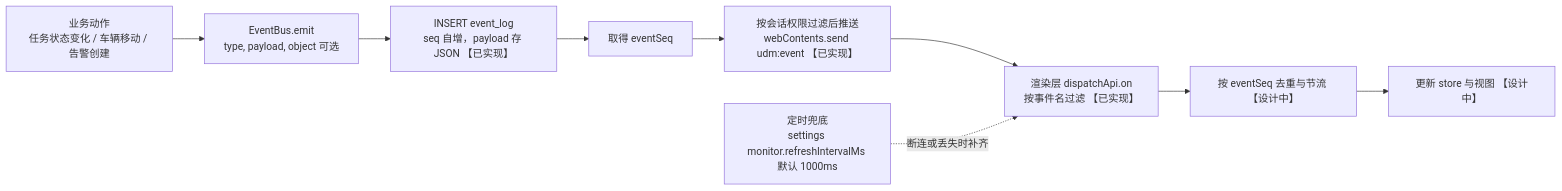
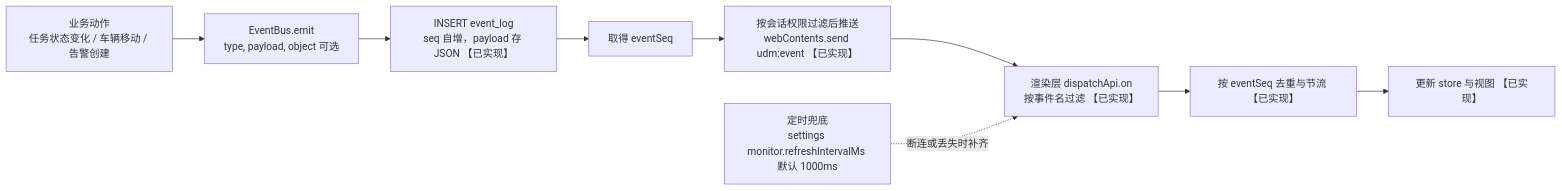
Before and after one commit to sunstflower/831: diagram 20 of 23 in docs/architecture.md, drawn with Mermaid. The commit also changed other lines of this file and 110 other files, not shown here.

````diff
--- a/docs/architecture.md
+++ b/docs/architecture.md
@@ -908,12 +911,12 @@
 ```mermaid
 flowchart LR
   SRC["业务动作<br/>任务状态变化 / 车辆移动 / 告警创建"] --> EMIT["EventBus.emit<br/>type, payload, object 可选"]
   EMIT --> LOG["INSERT event_log<br/>seq 自增，payload 存 JSON 【已实现】"]
   LOG --> SEQ["取得 eventSeq"]
   SEQ --> PUSH["按会话权限过滤后推送<br/>webContents.send udm:event 【已实现】"]
   PUSH --> RENDER["渲染层 dispatchApi.on<br/>按事件名过滤 【已实现】"]
-  RENDER --> DEDUP["按 eventSeq 去重与节流 【设计中】"]
-  DEDUP --> UI["更新 store 与视图 【设计中】"]
+  RENDER --> DEDUP["按 eventSeq 去重与节流 【已实现】"]
+  DEDUP --> UI["更新 store 与视图 【已实现】"]
 
   TIMER["定时兜底<br/>settings monitor.refreshIntervalMs 默认 1000ms"] -.断连或丢失时补齐.-> RENDER
 ```
````
